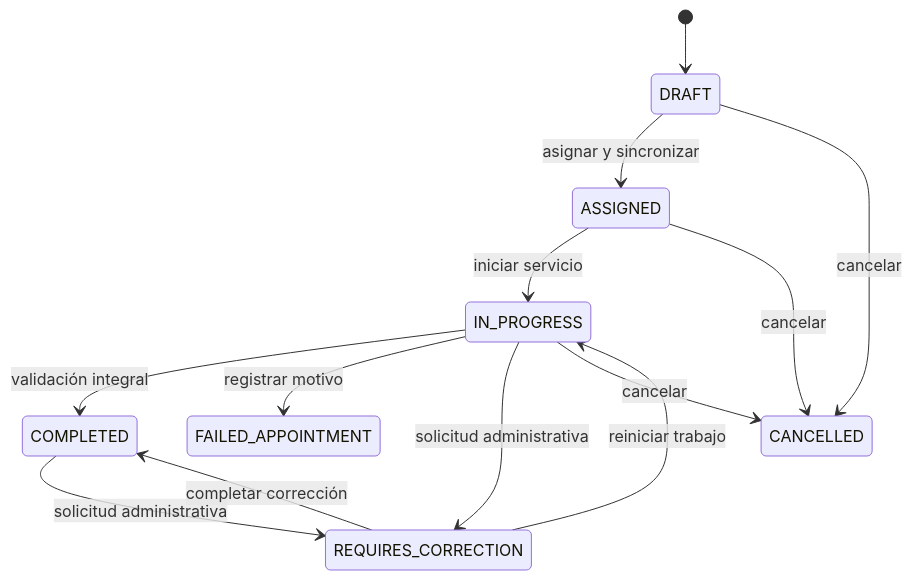
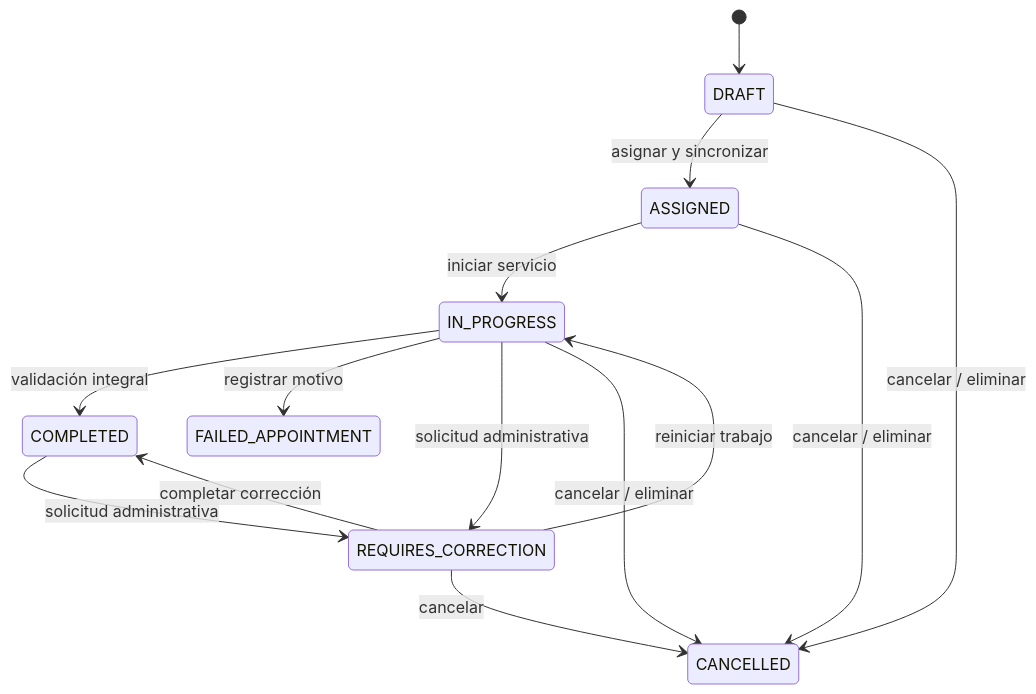
Before and after one commit to luistorres-idt/puk: the first of 4 diagrams in docs/technical/backend-and-flows.md, drawn with Mermaid. The commit also changed other lines of this file and 2 other files, not shown here.

Commit message:
docs(orders): document administrative order deletion and state flows
- Update user manual with order deletion action, confirmation dialog, and equipment release behavior
- Document default list filtering of cancelled orders in user manual
- Add technical documentation for useDeleteOrder composable and DeleteOrderModal component
- Update backend state machine diagram with REQUIRES_CORRECTION to CANCELLED transition and inventory release details

````diff
--- a/docs/technical/backend-and-flows.md
+++ b/docs/technical/backend-and-flows.md
@@ -33,15 +33,16 @@
 ```mermaid
 stateDiagram-v2
     [*] --> DRAFT
     DRAFT --> ASSIGNED: asignar y sincronizar
     ASSIGNED --> IN_PROGRESS: iniciar servicio
     IN_PROGRESS --> COMPLETED: validación integral
     IN_PROGRESS --> FAILED_APPOINTMENT: registrar motivo
     IN_PROGRESS --> REQUIRES_CORRECTION: solicitud administrativa
     COMPLETED --> REQUIRES_CORRECTION: solicitud administrativa
     REQUIRES_CORRECTION --> IN_PROGRESS: reiniciar trabajo
     REQUIRES_CORRECTION --> COMPLETED: completar corrección
-    DRAFT --> CANCELLED: cancelar
-    ASSIGNED --> CANCELLED: cancelar
-    IN_PROGRESS --> CANCELLED: cancelar
+    REQUIRES_CORRECTION --> CANCELLED: cancelar
+    DRAFT --> CANCELLED: cancelar / eliminar
+    ASSIGNED --> CANCELLED: cancelar / eliminar
+    IN_PROGRESS --> CANCELLED: cancelar / eliminar
 ```
````
